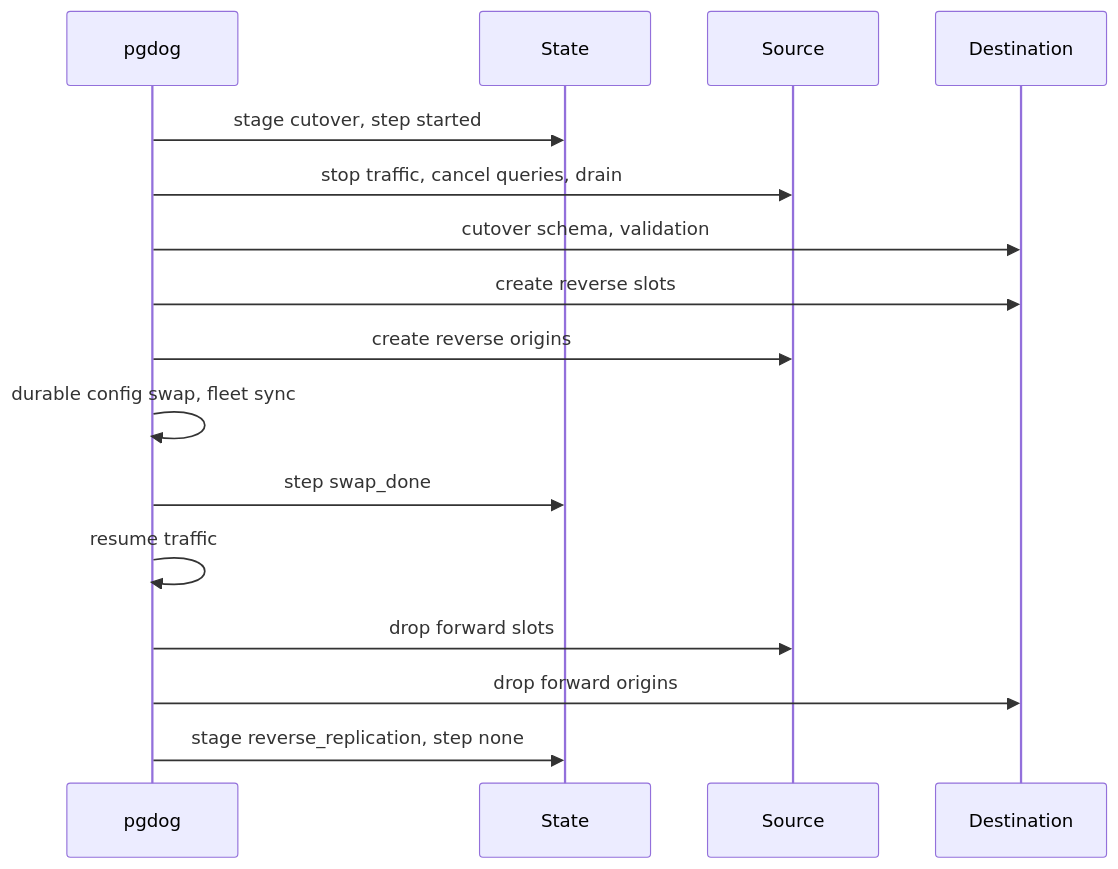
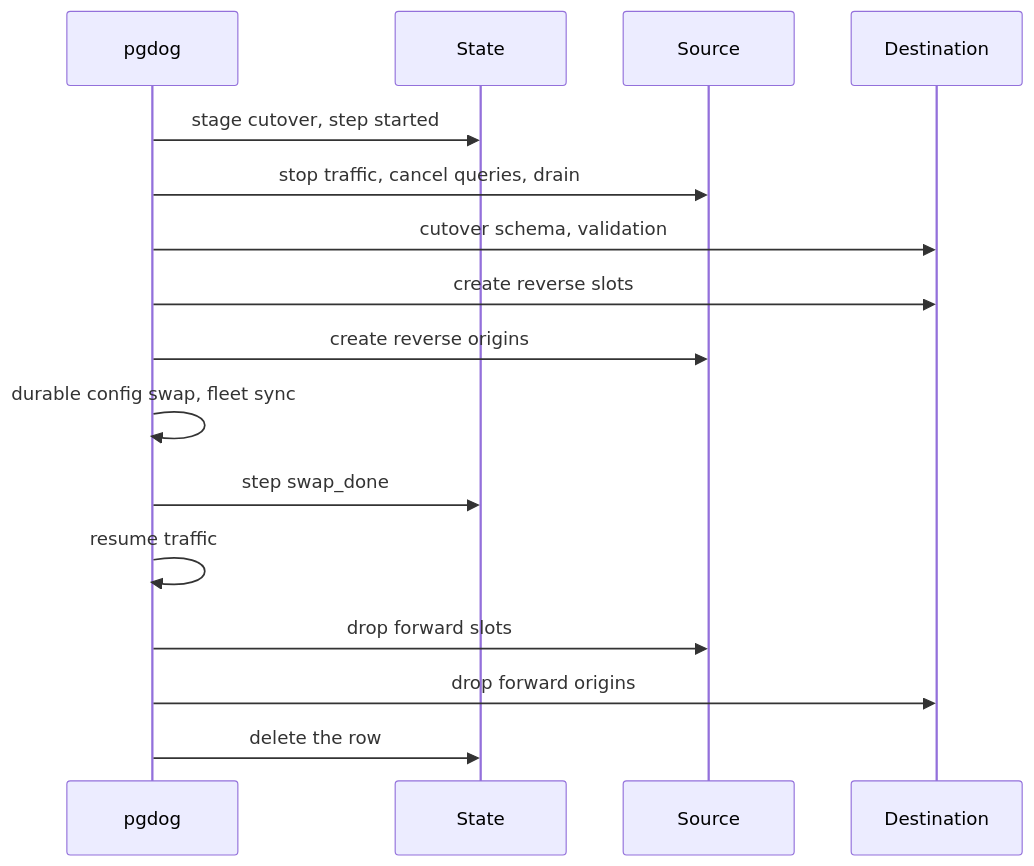
The sixth of 6 diagrams in docs/RESUMABLE_RESHARDING.md (pgdogdev/pgdog), drawn with Mermaid before and after one commit. The commit also changed other lines of this file and 23 other files, not shown here.

````diff
--- a/docs/RESUMABLE_RESHARDING.md
+++ b/docs/RESUMABLE_RESHARDING.md
@@ -593,18 +590,18 @@
 ```mermaid
 sequenceDiagram
   participant C as pgdog
   participant J as State
   participant S as Source
   participant D as Destination
   C->>J: stage cutover, step started
   C->>S: stop traffic, cancel queries, drain
   C->>D: cutover schema, validation
   C->>D: create reverse slots
   C->>S: create reverse origins
   C->>C: durable config swap, fleet sync
   C->>J: step swap_done
   C->>C: resume traffic
   C->>S: drop forward slots
   C->>D: drop forward origins
-  C->>J: stage reverse_replication, step none
+  C->>J: delete the row
 ```
````
